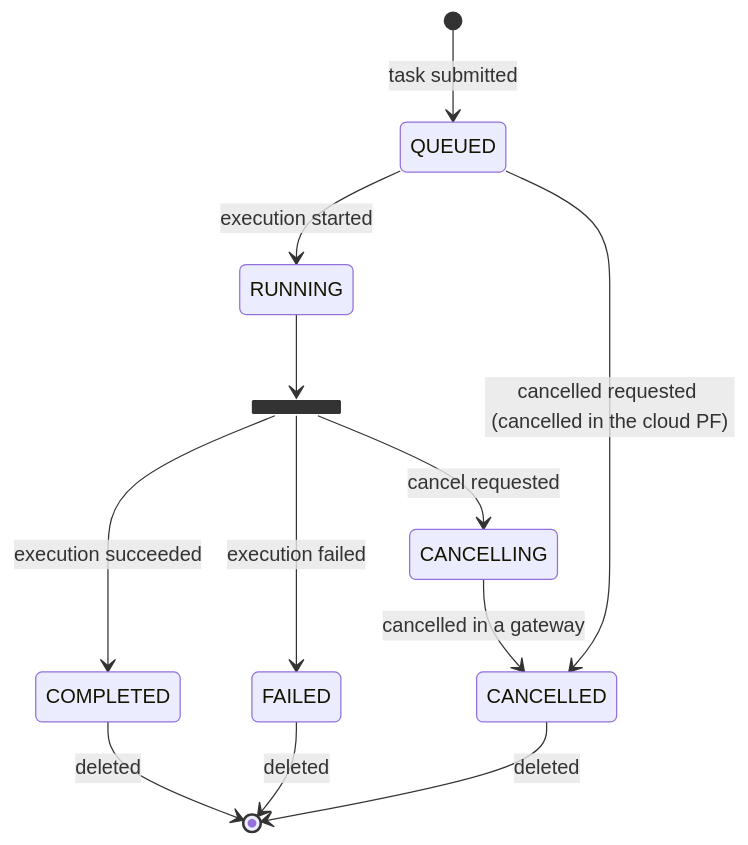
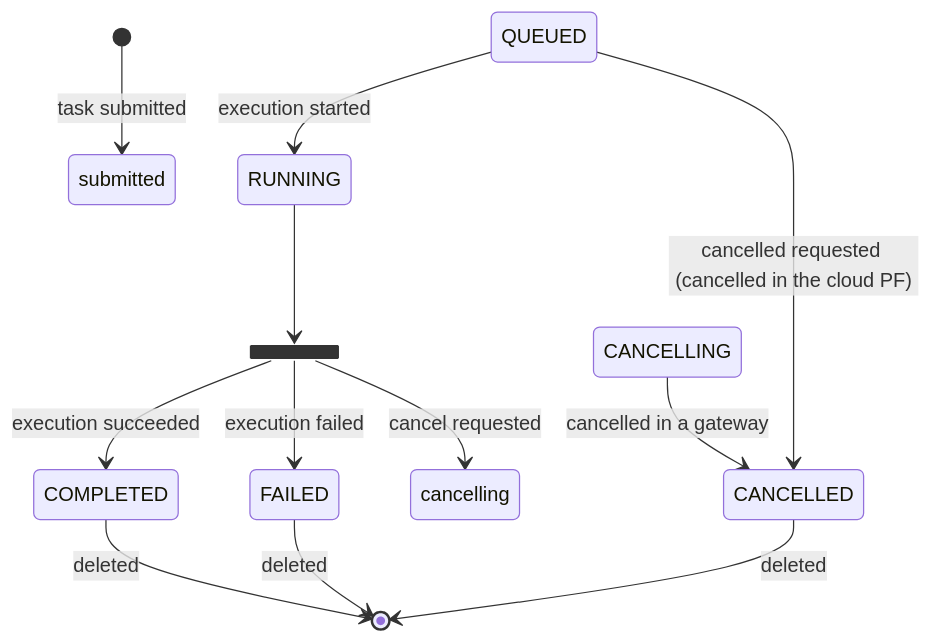
Before and after one commit to oqtopus-team/oqtopus-cloud: the diagram in docs/en/architecture/task_state_transition_diagram.md, drawn with Mermaid. The commit also changed 79 other files, not shown here.

Commit message:
refactor: Revise job schemas  (#43)

````diff
--- a/docs/en/architecture/task_state_transition_diagram.md
+++ b/docs/en/architecture/task_state_transition_diagram.md
@@ -6,20 +6,20 @@
 ```mermaid
 stateDiagram-v2
-  [*] --> QUEUED :task submitted
+  [*] --> submitted :task submitted
 
   QUEUED --> RUNNING :execution started
   
   state join_state <<join>>
   RUNNING --> join_state
   
   state join_state <<fork>>
   join_state --> COMPLETED :execution succeeded
   join_state --> FAILED :execution failed
-  join_state --> CANCELLING :cancel requested
+  join_state --> cancelling :cancel requested
   
   COMPLETED --> [*] :deleted
   FAILED --> [*] :deleted
   CANCELLING --> CANCELLED :cancelled in a gateway
   QUEUED --> CANCELLED :cancelled requested (cancelled in the cloud PF)
   CANCELLED --> [*] :deleted
 ```
````
